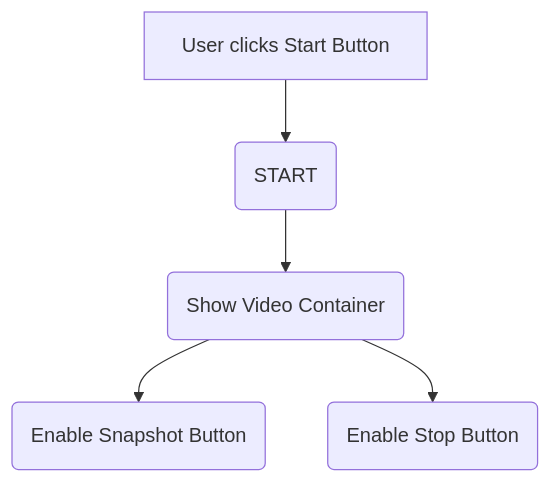
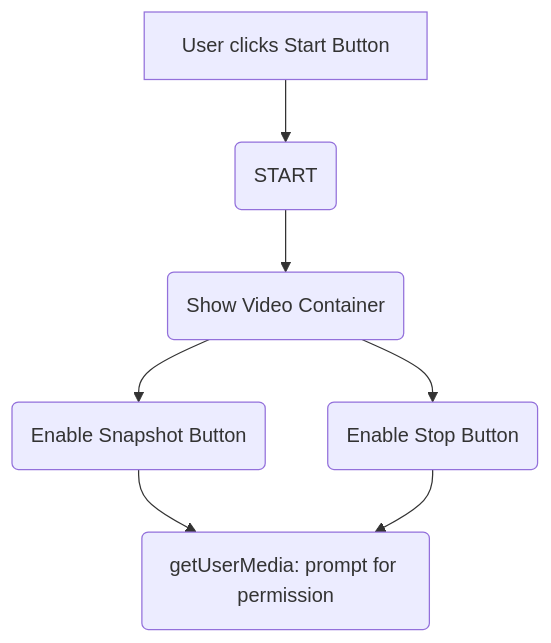
Before and after one commit to rebeccapeltz/webapi-camera: the first of 3 diagrams in README.md, drawn with Mermaid.

Commit message:
more mermaid

````diff
--- a/README.md
+++ b/README.md
@@ -5,8 +5,10 @@
 ```mermaid
 flowchart TD
 
 id0[User clicks Start Button] --> id1(START)
 id1(START) --> id2(Show Video Container)
 id2(Show Video Container) --> id3(Enable Snapshot Button)
 id2(Show Video Container) --> id4(Enable Stop Button)
+id3(Enable Snapshot Button) --> id5(getUserMedia: prompt for permission)
+id4(Enable Stop Button) --> id5(getUserMedia: prompt for permission)
 ```
````
